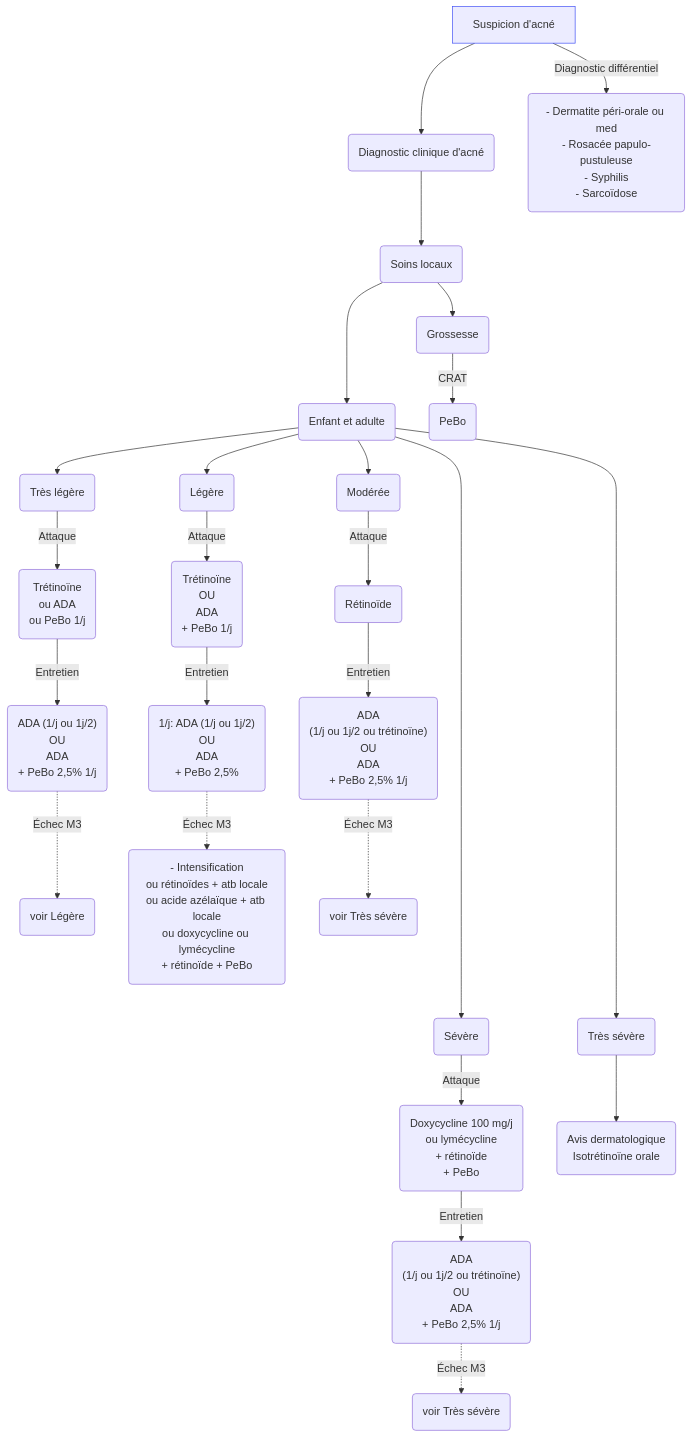
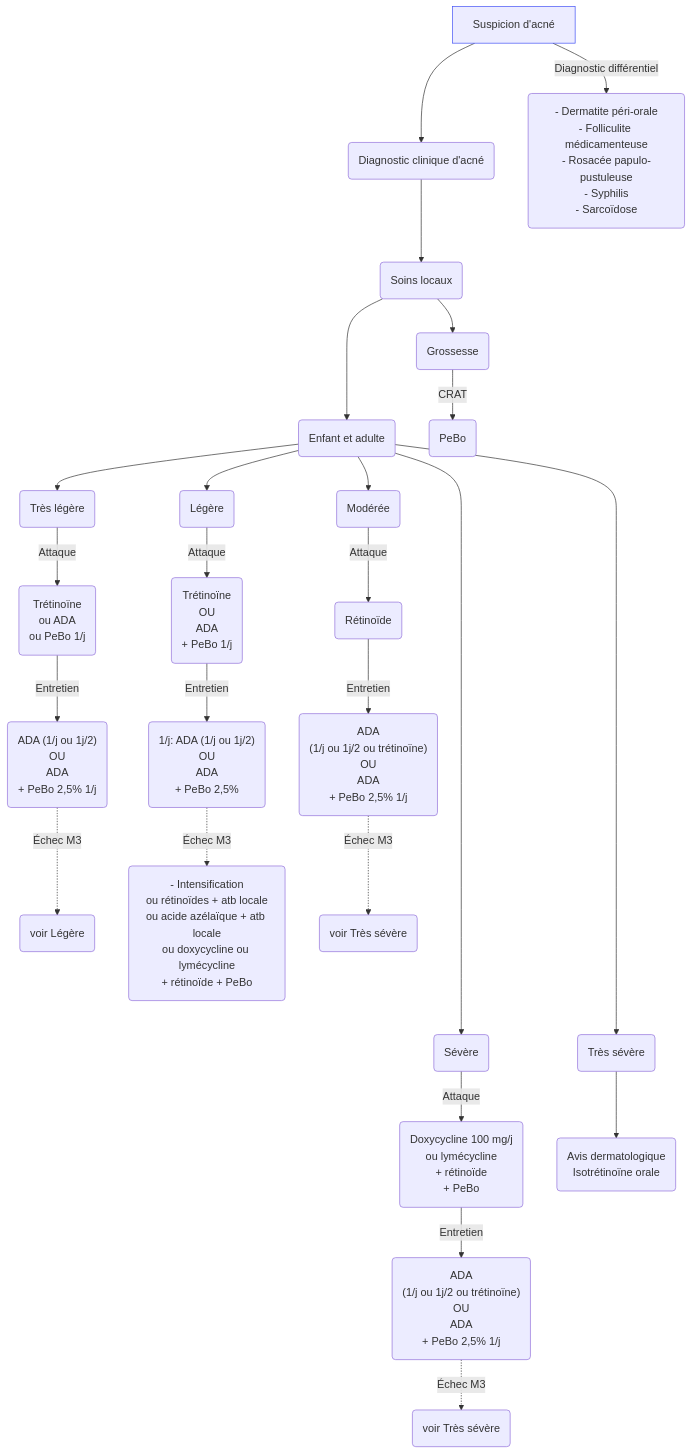
Before and after one commit to djibe/recommandations-medicales: the diagram in content/recommandations/acne.md, drawn with Mermaid. The commit also changed other lines of this file and 17 other files, not shown here.

```diff
--- a/content/recommandations/acne.md
+++ b/content/recommandations/acne.md
@@ -299,14 +299,14 @@
 {{< mermaid title="Prise en charge de l'acné selon la forme clinique. Dr JB Fron d'après SFDermato 2015">}}
 graph TB
 accTitle: Prise en charge de l'acné selon la forme clinique d'après SFDermato 2015
   suspicion[Suspicion d'acné] --> diagnostic(Diagnostic clinique d'acné)
   style suspicion stroke:#4150f5, stroke-width:1px
-  suspicion -- Diagnostic différentiel --> differentiel("- Dermatite péri-orale ou med<br>- Rosacée papulo-pustuleuse<br>- Syphilis<br>- Sarcoïdose")
+  suspicion -- Diagnostic différentiel --> differentiel("- Dermatite péri-orale<br>- Folliculite médicamenteuse<br>- Rosacée papulo-pustuleuse<br>- Syphilis<br>- Sarcoïdose")
     diagnostic --> soins(Soins locaux) ---> personne(Enfant et adulte)
       personne --> tresLegere(Très légère) -- Attaque --> tl("Trétinoïne<br>ou ADA<br>ou PeBo 1/j") -- Entretien --> tle("ADA (1/j ou 1j/2)<br>OU<br>ADA<br>+ PeBo 2,5% 1/j") -. Échec M3 .-> tlechec(voir Légère)
       personne --> legere(Légère) -- Attaque --> l(Trétinoïne<br>OU<br>ADA<br>+ PeBo 1/j) -- Entretien --> le("1/j: ADA (1/j ou 1j/2)<br>OU<br>ADA<br>+ PeBo 2,5%") -. Échec M3 .-> lechec("- Intensification<br>ou rétinoïdes + atb locale<br>ou acide azélaïque + atb locale<br>ou doxycycline ou lymécycline<br>+ rétinoïde + PeBo")
       personne --> moderee(Modérée) -- Attaque --> m(Rétinoïde) -- Entretien --> me("ADA<br>(1/j ou 1j/2 ou trétinoïne)<br>OU<br>ADA<br>+ PeBo 2,5% 1/j") -. Échec M3 .-> mechec(voir Très sévère)
       personne ------> severe(Sévère) -- Attaque --> s("Doxycycline 100 mg/j<br>ou lymécycline<br>+ rétinoïde<br>+ PeBo") -- Entretien --> se("ADA<br>(1/j ou 1j/2 ou trétinoïne)<br>OU<br>ADA<br>+ PeBo 2,5% 1/j") -. Échec M3 .-> sechec(voir Très sévère)
       personne ------> tsevere(Très sévère) --> dermato("Avis dermatologique<br>Isotrétinoïne orale")
     soins --> grossesse(Grossesse) -- CRAT --> fe("PeBo")
 {{< /mermaid >}}
```
